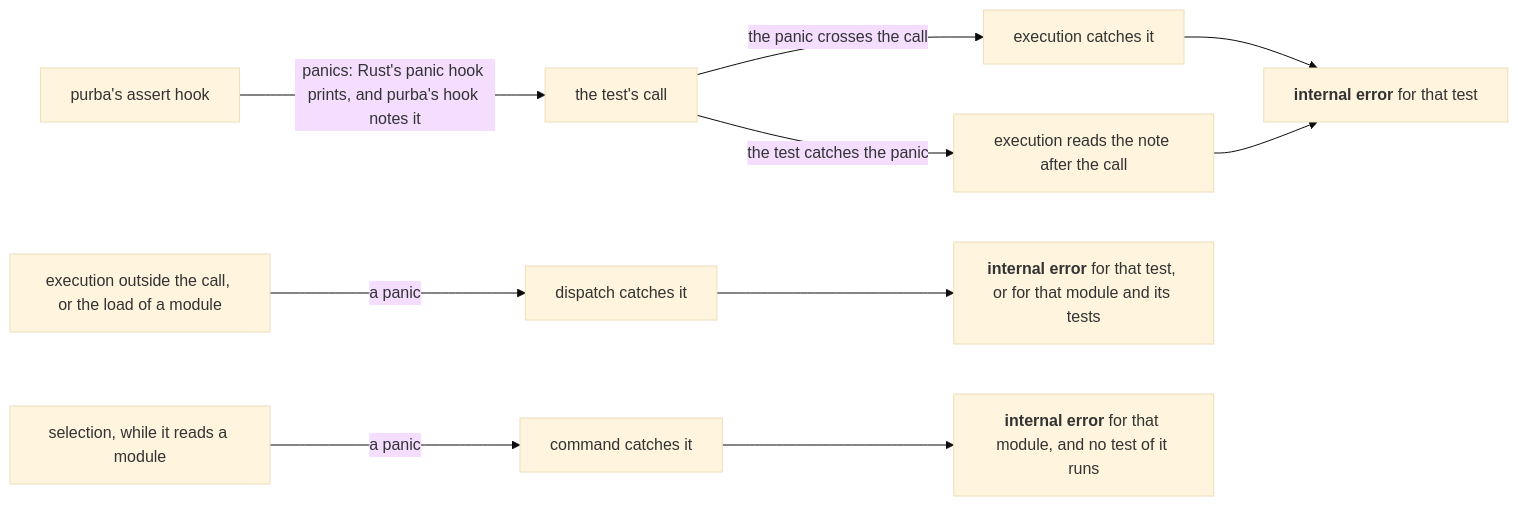
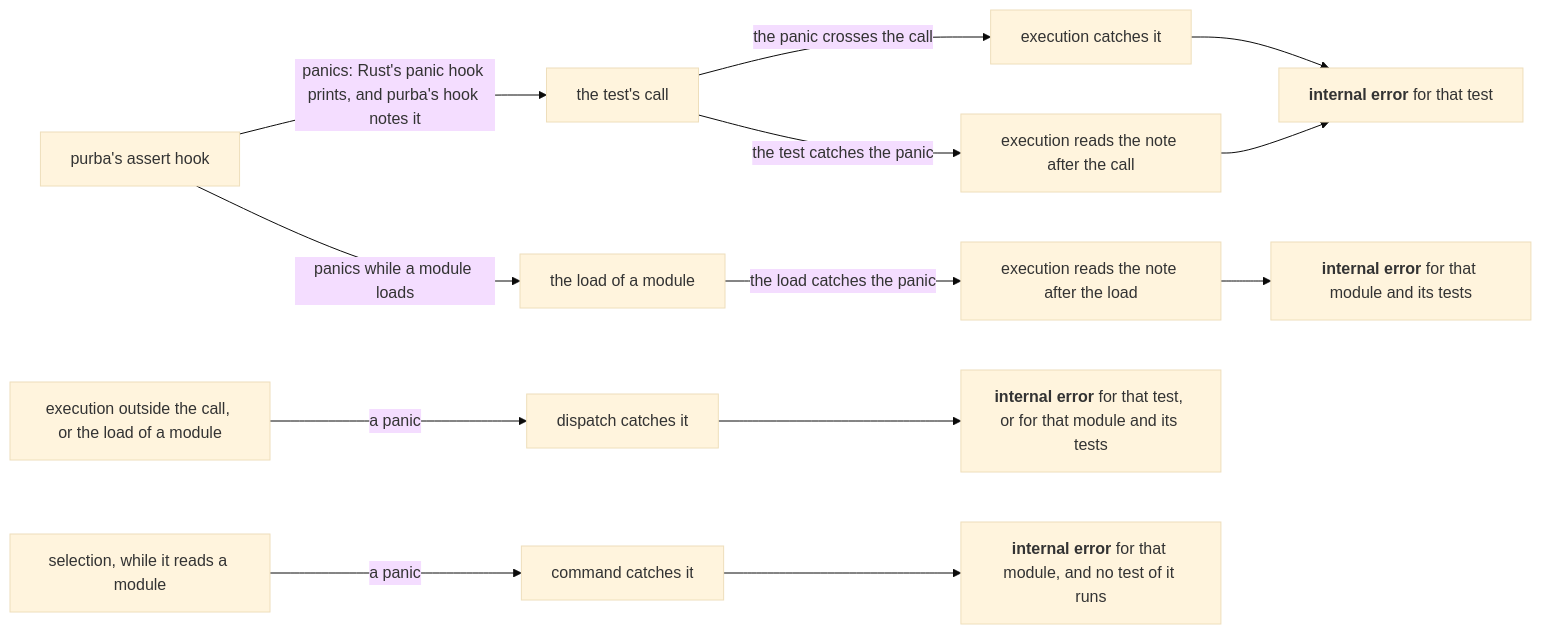
The diagram in docs/decisions/a-panic-inside-a-test-gives-that-test-an-internal-error.md (kalonji-tools/purba), drawn with Mermaid (base theme) before and after one commit. The commit also changed other lines of this file and 6 other files, not shown here.

Commit message:
fix: fail a load that caught a call to os._exit or a panic (#752)

````diff
--- a/docs/decisions/a-panic-inside-a-test-gives-that-test-an-internal-error.md
+++ b/docs/decisions/a-panic-inside-a-test-gives-that-test-an-internal-error.md
@@ -36,12 +36,15 @@
 ```mermaid
 flowchart LR
   hook["purba's assert hook"] -- "panics: Rust's panic hook prints, and purba's hook notes it" --> testcall["the test's call"]
   testcall -- "the panic crosses the call" --> execution["execution catches it"]
   testcall -- "the test catches the panic" --> note["execution reads the note after the call"]
+  hook -- "panics while a module loads" --> moduleload["the load of a module"]
+  moduleload -- "the load catches the panic" --> loadnote["execution reads the note after the load"]
   other["execution outside the call, or the load of a module"] -- "a panic" --> dispatch["dispatch catches it"]
   execution --> test["<b>internal error</b> for that test"]
   note --> test
+  loadnote --> loaderror["<b>internal error</b> for that module and its tests"]
   dispatch --> either["<b>internal error</b> for that test, or for that module and its tests"]
   selection["selection, while it reads a module"] -- "a panic" --> command["command catches it"]
   command --> module["<b>internal error</b> for that module, and no test of it runs"]
 ```
````
